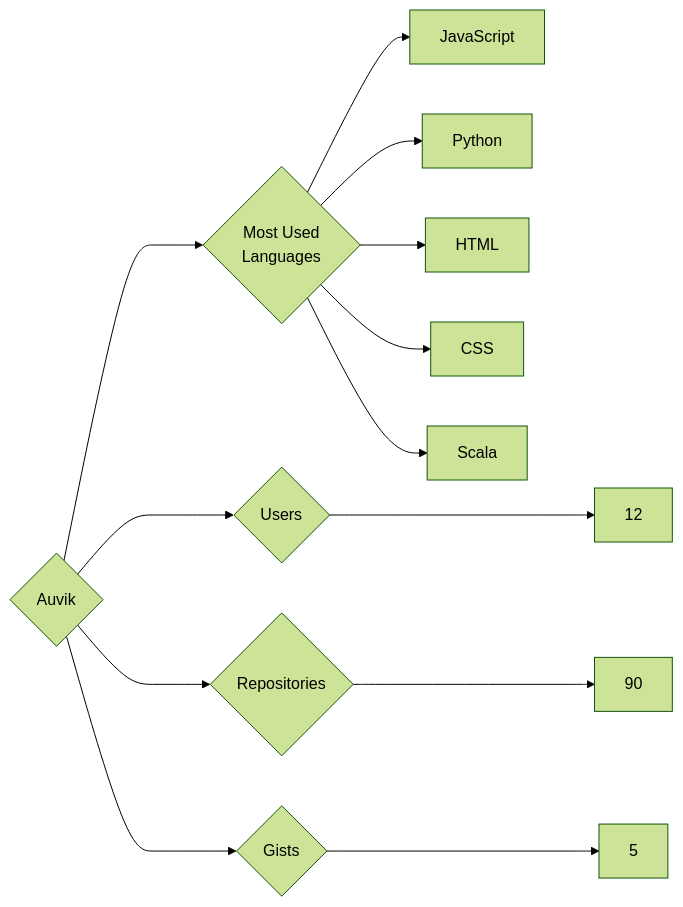
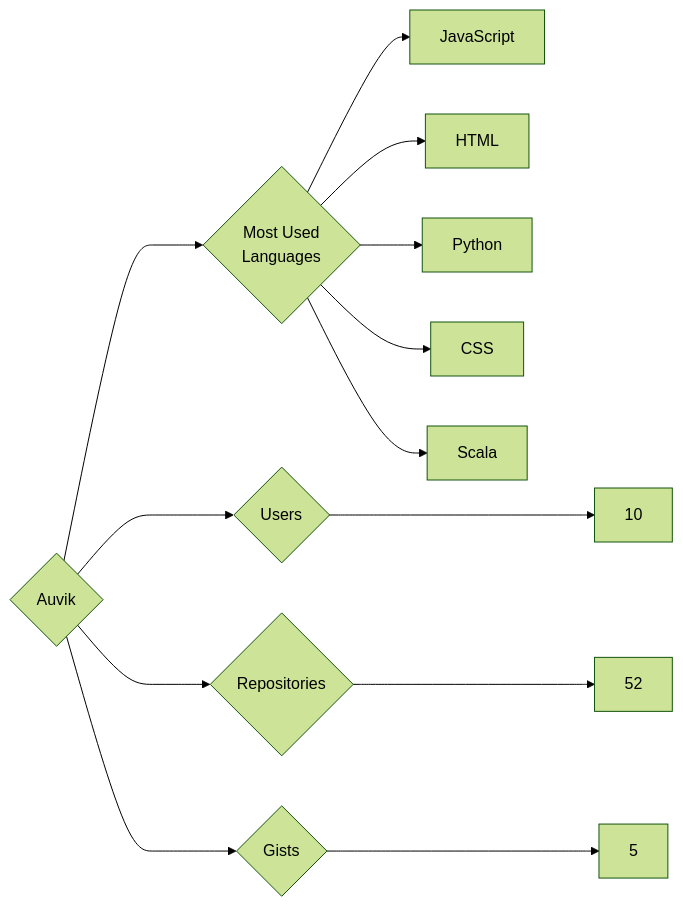
The diagram in targets/Auvik/README.md (trickest/insiders), drawn with Mermaid (forest theme) before and after one commit. The commit also changed 736 other files, not shown here.

````diff
--- a/targets/Auvik/README.md
+++ b/targets/Auvik/README.md
@@ -3,13 +3,13 @@
 ```mermaid
 graph LR
 COMPANY_NAME{Auvik}
-COMPANY_NAME ---> U{Users} ---> UN[12]
-COMPANY_NAME ---> R{Repositories} ---> RN[90]
+COMPANY_NAME ---> U{Users} ---> UN[10]
+COMPANY_NAME ---> R{Repositories} ---> RN[52]
 COMPANY_NAME ---> G{Gists} ---> GN[5]
 COMPANY_NAME ---> ML{Most Used<br>Languages}
 ML --> JavaScript[JavaScript]
+ML --> HTML[HTML]
 ML --> Python[Python]
-ML --> HTML[HTML]
 ML --> CSS[CSS]
 ML --> Scala[Scala]
 ```
````
